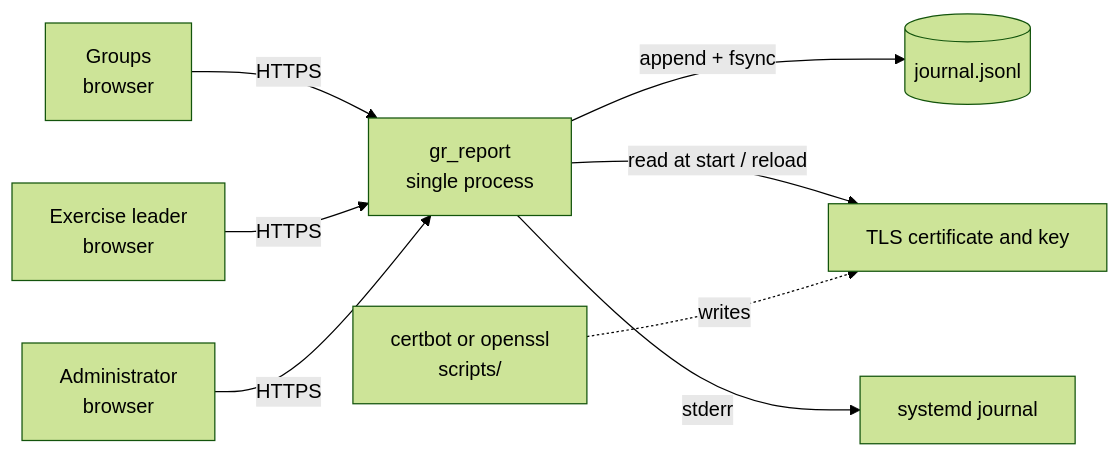
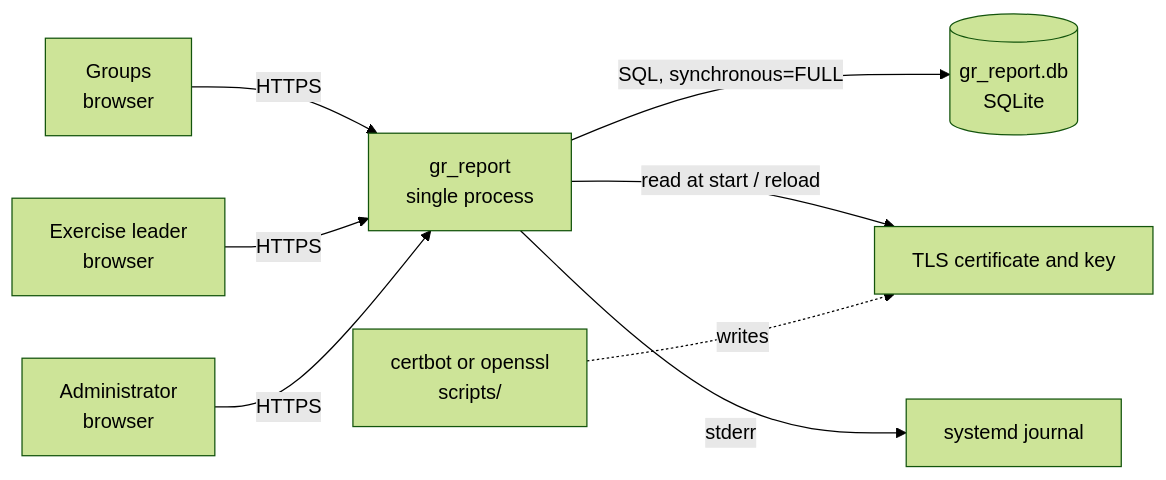
One commit to rom/gr_report changed the first of 6 diagrams in docs/architecture.md. Above: the diagram before and after it, drawn with Mermaid (forest theme). The commit also changed other lines of this file and 69 other files, not shown here.

````diff
--- a/docs/architecture.md
+++ b/docs/architecture.md
@@ -5,10 +5,10 @@
 ```mermaid
 flowchart LR
   G[Groups<br/>browser] -- HTTPS --> S
   L[Exercise leader<br/>browser] -- HTTPS --> S
   A[Administrator<br/>browser] -- HTTPS --> S
-  S[gr_report<br/>single process] -- append + fsync --> J[(journal.jsonl)]
+  S[gr_report<br/>single process] -- SQL, synchronous=FULL --> J[(gr_report.db<br/>SQLite)]
   S -- read at start / reload --> T[TLS certificate and key]
   C[certbot or openssl<br/>scripts/] -. writes .-> T
   S -- stderr --> O[systemd journal]
 ```
````
